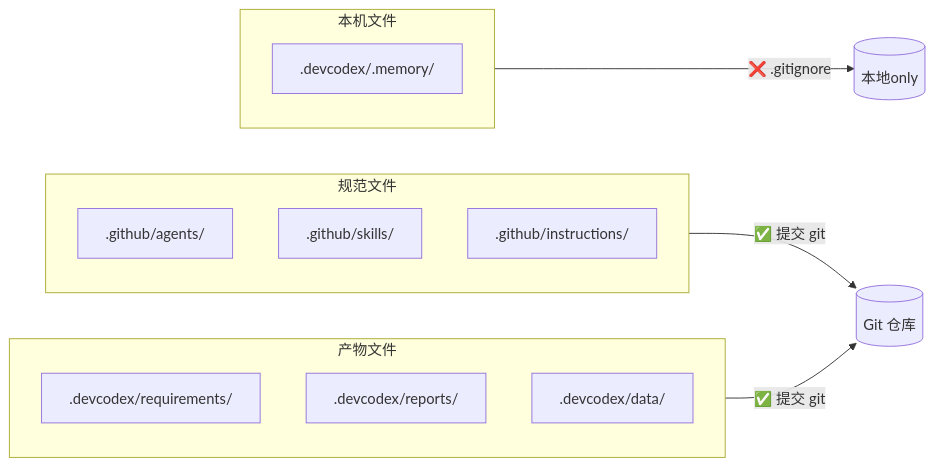
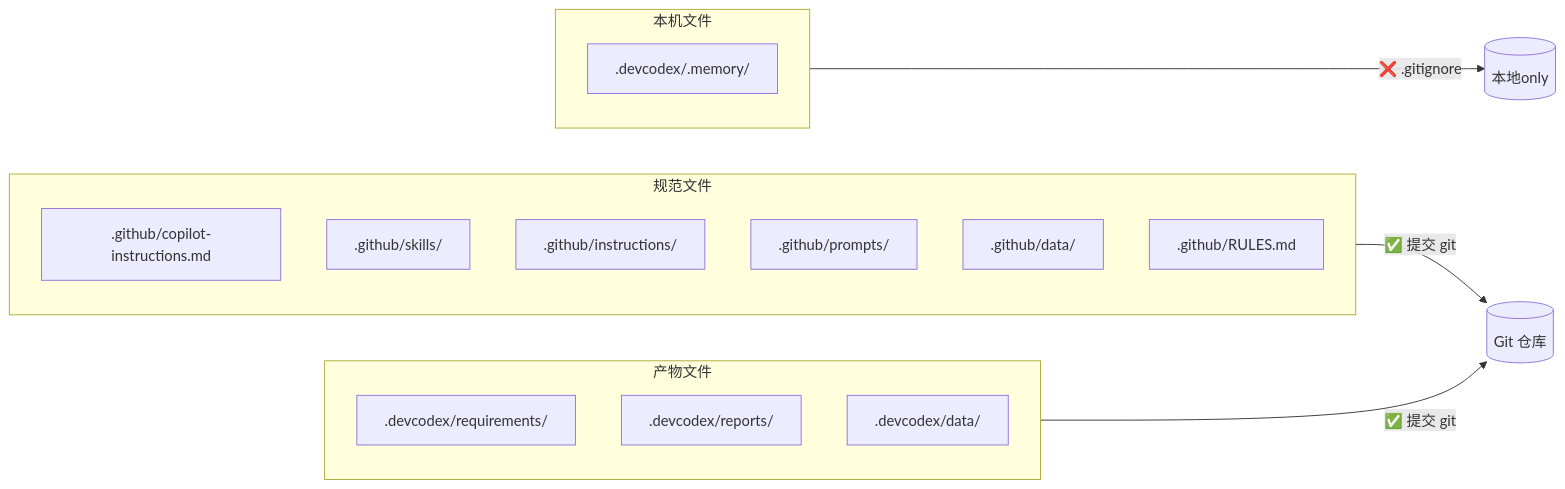
The diagram in website/docs/versions/v1/1.0.0/requirements/p1/storage-spec/index.md (devcodex-labs/devcodex), drawn with Mermaid before and after one commit. The commit also changed other lines of this file and 18 other files, not shown here.

````diff
--- a/website/docs/versions/v1/1.0.0/requirements/p1/storage-spec/index.md
+++ b/website/docs/versions/v1/1.0.0/requirements/p1/storage-spec/index.md
@@ -82,22 +82,25 @@
 ```mermaid
 flowchart LR
     subgraph 规范文件
-        A[.github/agents/]
+        A[.github/copilot-instructions.md]
         B[.github/skills/]
         C[.github/instructions/]
+        H[.github/prompts/]
+        I[.github/data/]
+        J[.github/RULES.md]
     end
 
     subgraph 产物文件
         D[.devcodex/requirements/]
         E[.devcodex/reports/]
         F[.devcodex/data/]
     end
 
     subgraph 本机文件
         G[.devcodex/.memory/]
     end
 
     规范文件 -->|✅ 提交 git| R[(Git 仓库)]
     产物文件 -->|✅ 提交 git| R
     本机文件 -->|❌ .gitignore| L[(本地only)]
 ```
````
